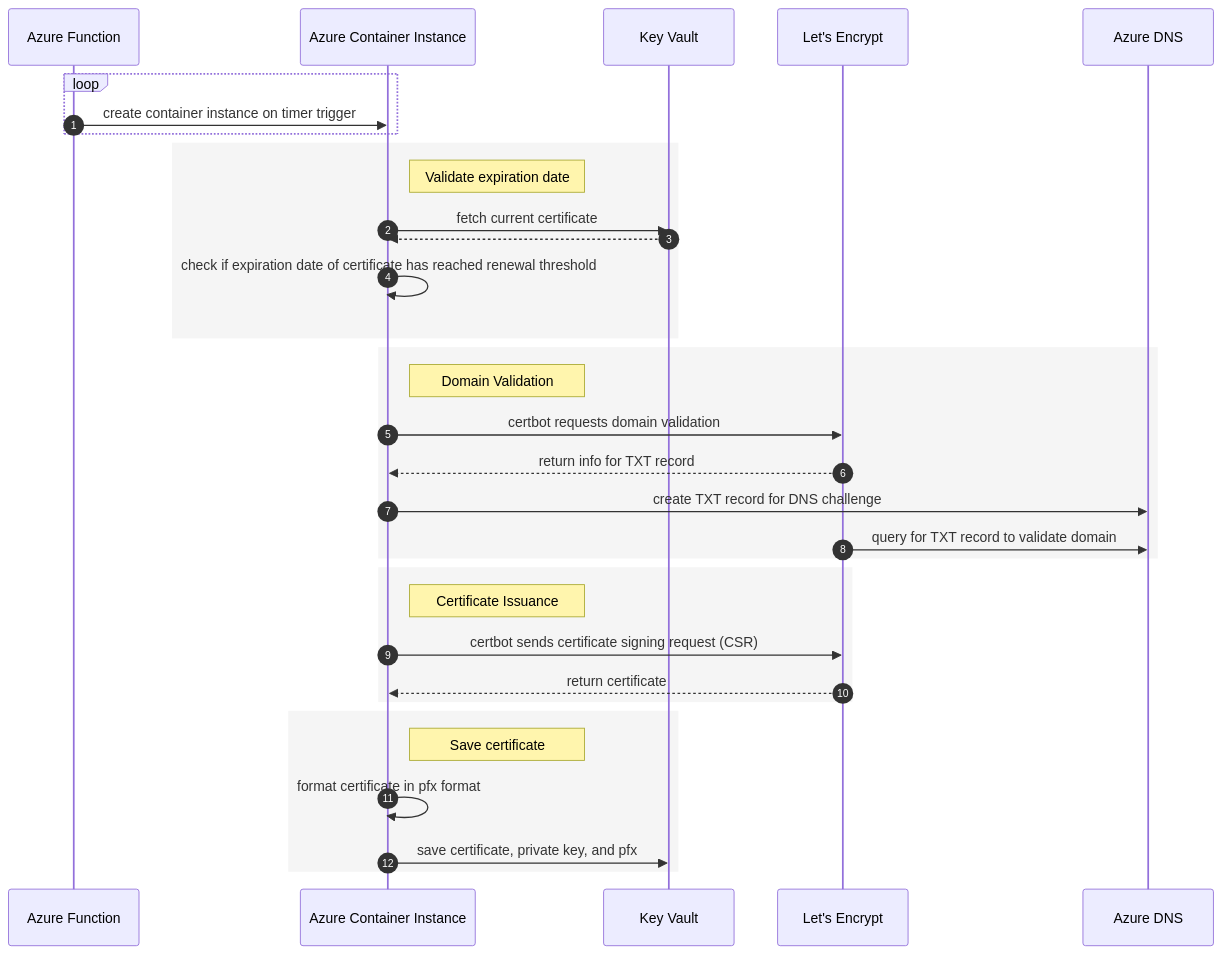
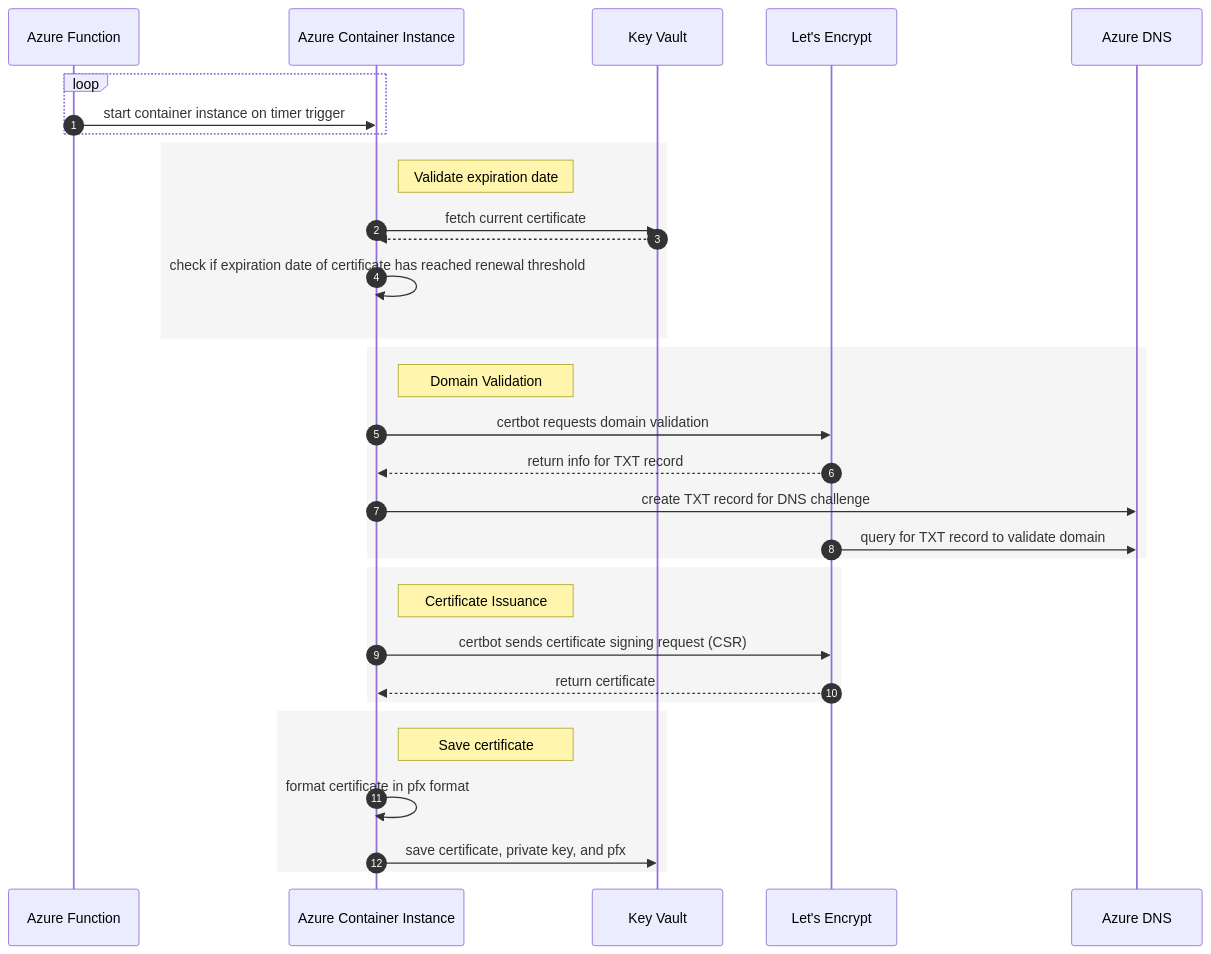
Before and after one commit to retaildevcrews/ngsa-asb: the diagram in cert-automation/README.md, drawn with Mermaid.

Commit message:
small diagram change

````diff
--- a/cert-automation/README.md
+++ b/cert-automation/README.md
@@ -5,41 +5,41 @@
 ```mermaid
 sequenceDiagram
   autonumber
 
   participant func as Azure Function
   participant aci as Azure Container Instance
   participant kv as Key Vault
   participant le as Let's Encrypt
   participant DNS as Azure DNS
 
   loop
-    func->>aci: create container instance on timer trigger
+    func->>aci: start container instance on timer trigger
   end
 
   rect whitesmoke
     Note right of aci: Validate expiration date
     aci->>kv: fetch current certificate
     kv-->>aci: ;
     aci->>aci: check if expiration date of certificate has reached renewal threshold
   end
 
   rect whitesmoke
     Note right of aci: Domain Validation
     aci->>le: certbot requests domain validation
     le-->>aci: return info for TXT record;
     aci->>DNS: create TXT record for DNS challenge
     le->>DNS: query for TXT record to validate domain
   end
 
   rect whitesmoke
     Note right of aci: Certificate Issuance
     aci->>le: certbot sends certificate signing request (CSR)
     le-->>aci: return certificate;
   end
 
   rect whitesmoke
     Note right of aci: Save certificate
     aci->>aci: format certificate in pfx format
     aci->>kv: save certificate, private key, and pfx
   end
 ```
````
